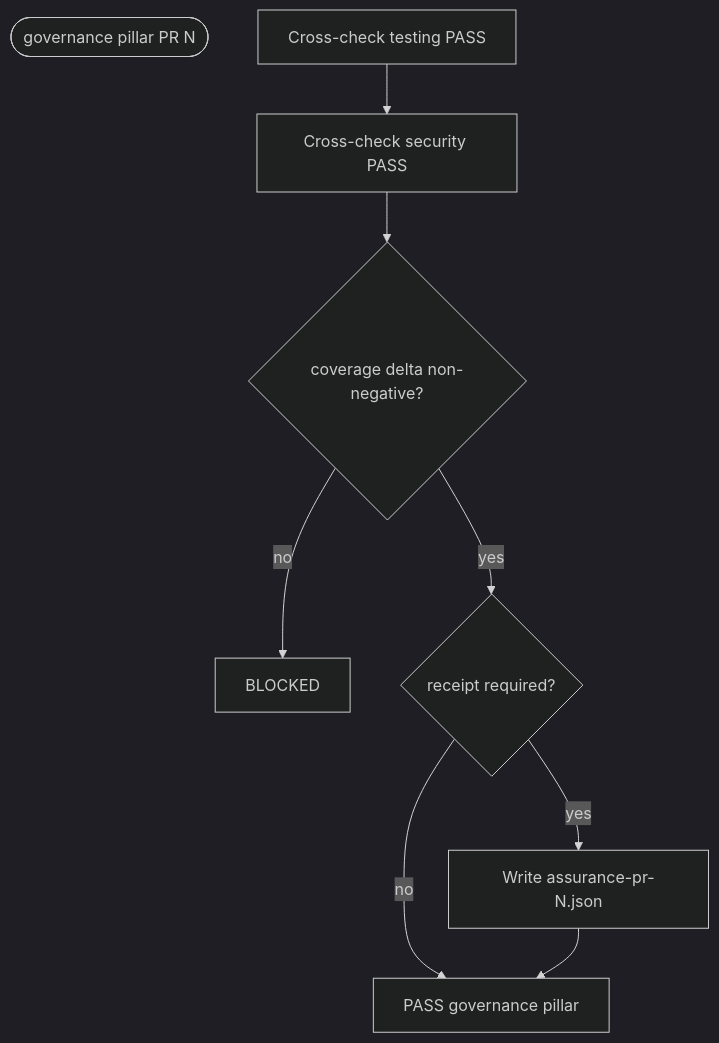
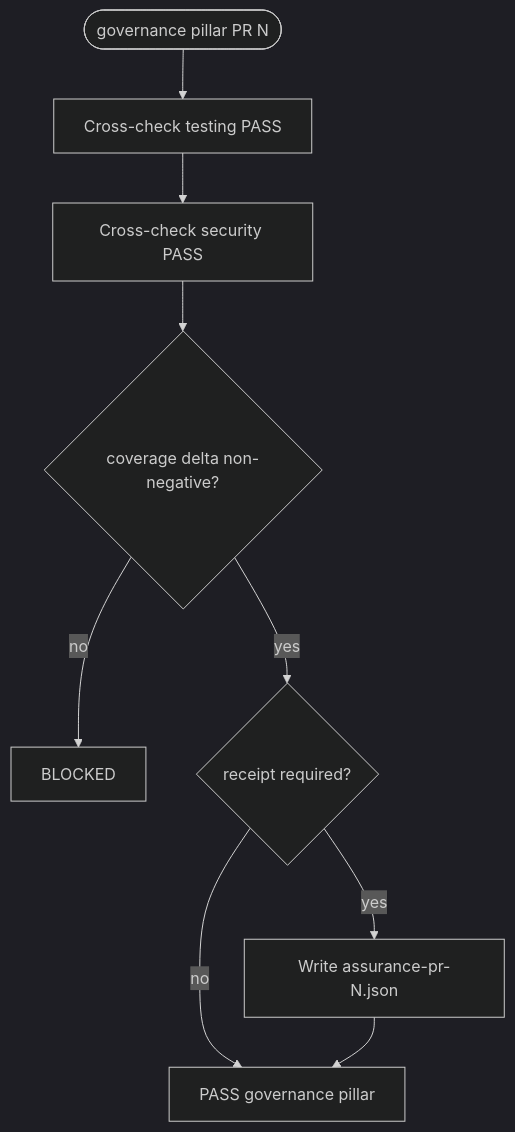
The first of 2 diagrams in toolkits/assurance-toolkit/references/governance/triage.md (chimeranext/better-toolkits), drawn with Mermaid (dark theme) before and after one commit. The commit also changed 5 other files, not shown here.

First line of the commit message:
fix(assurance): reconnect pillar triage Mermaid start nodes (issue #90)

````diff
--- a/toolkits/assurance-toolkit/references/governance/triage.md
+++ b/toolkits/assurance-toolkit/references/governance/triage.md
@@ -15,12 +15,12 @@
 ```mermaid
 flowchart TD
   start(["governance pillar PR N"])
-  g1["Cross-check testing PASS"]
+  start --> g1["Cross-check testing PASS"]
   g1 --> g2["Cross-check security PASS"]
   g2 --> g3{"coverage delta non-negative?"}
   g3 -->|no| b["BLOCKED"]
   g3 -->|yes| r{"receipt required?"}
   r -->|yes| w["Write assurance-pr-N.json"]
   r -->|no| p["PASS governance pillar"]
   w --> p
 ```
````
